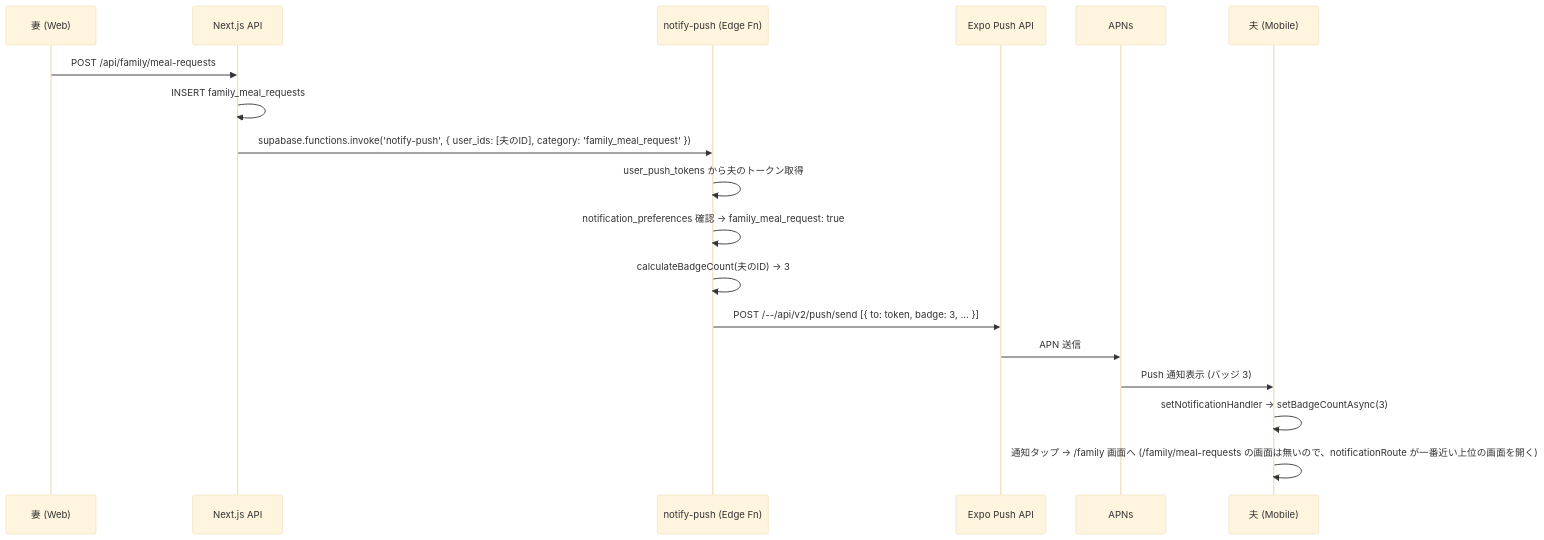
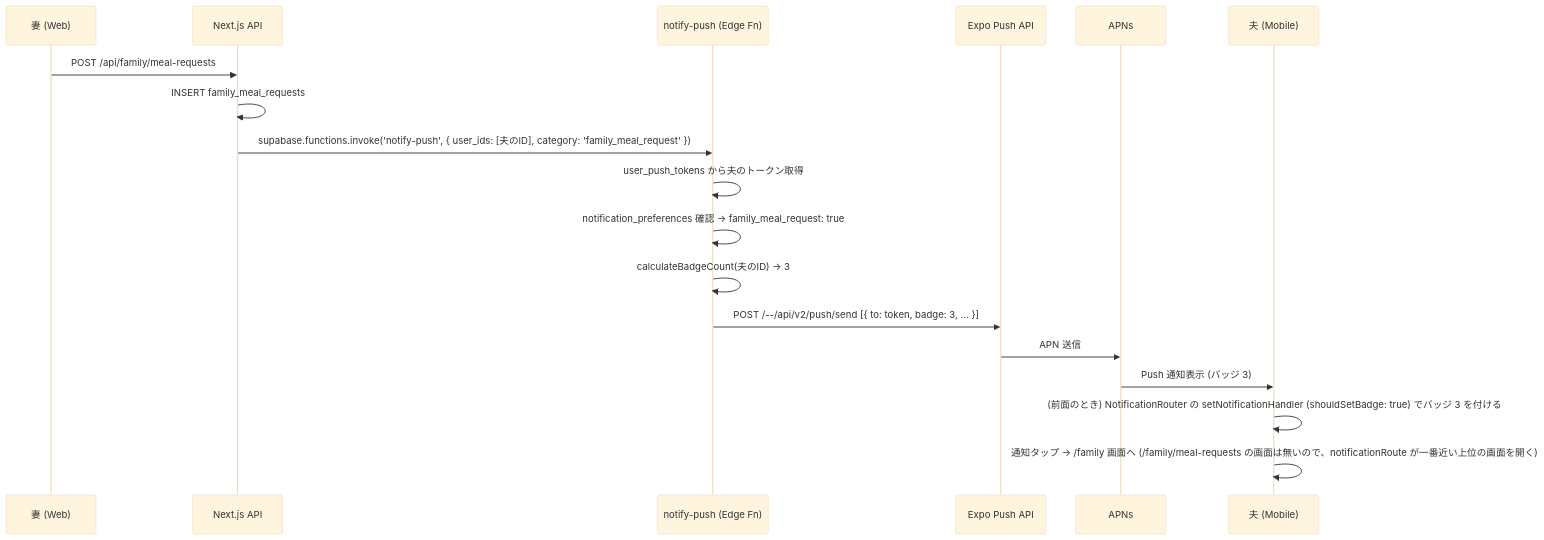
The first of 2 diagrams in docs/design/mobile/03-push-notification.md (DaisukeHori/homegohan-app), drawn with Mermaid (base theme) before and after one commit. The commit also changed other lines of this file and 2 other files, not shown here.

````diff
--- a/docs/design/mobile/03-push-notification.md
+++ b/docs/design/mobile/03-push-notification.md
@@ -440,21 +391,21 @@
 ```mermaid
 sequenceDiagram
   participant Wife as 妻 (Web)
   participant API as Next.js API
   participant Edge as notify-push (Edge Fn)
   participant Expo as Expo Push API
   participant APNs as APNs
   participant Husband as 夫 (Mobile)
 
   Wife->>API: POST /api/family/meal-requests
   API->>API: INSERT family_meal_requests
   API->>Edge: supabase.functions.invoke('notify-push', { user_ids: [夫のID], category: 'family_meal_request' })
   Edge->>Edge: user_push_tokens から夫のトークン取得
   Edge->>Edge: notification_preferences 確認 → family_meal_request: true
   Edge->>Edge: calculateBadgeCount(夫のID) → 3
   Edge->>Expo: POST /--/api/v2/push/send [{ to: token, badge: 3, ... }]
   Expo->>APNs: APN 送信
   APNs->>Husband: Push 通知表示 (バッジ 3)
-  Husband->>Husband: setNotificationHandler → setBadgeCountAsync(3)
+  Husband->>Husband: (前面のとき) NotificationRouter の setNotificationHandler (shouldSetBadge: true) でバッジ 3 を付ける
   Husband->>Husband: 通知タップ → /family 画面へ (/family/meal-requests の画面は無いので、notificationRoute が一番近い上位の画面を開く)
 ```
````
